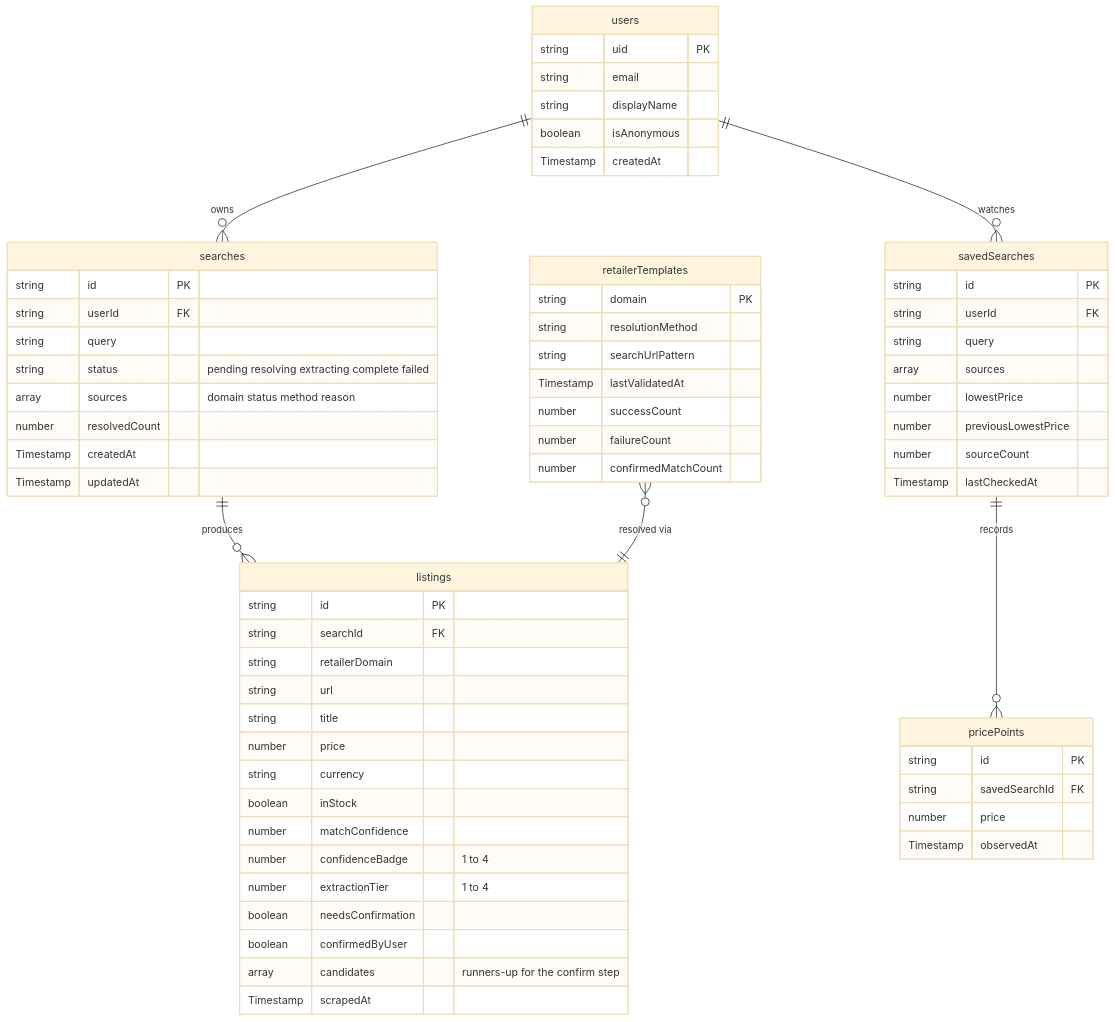
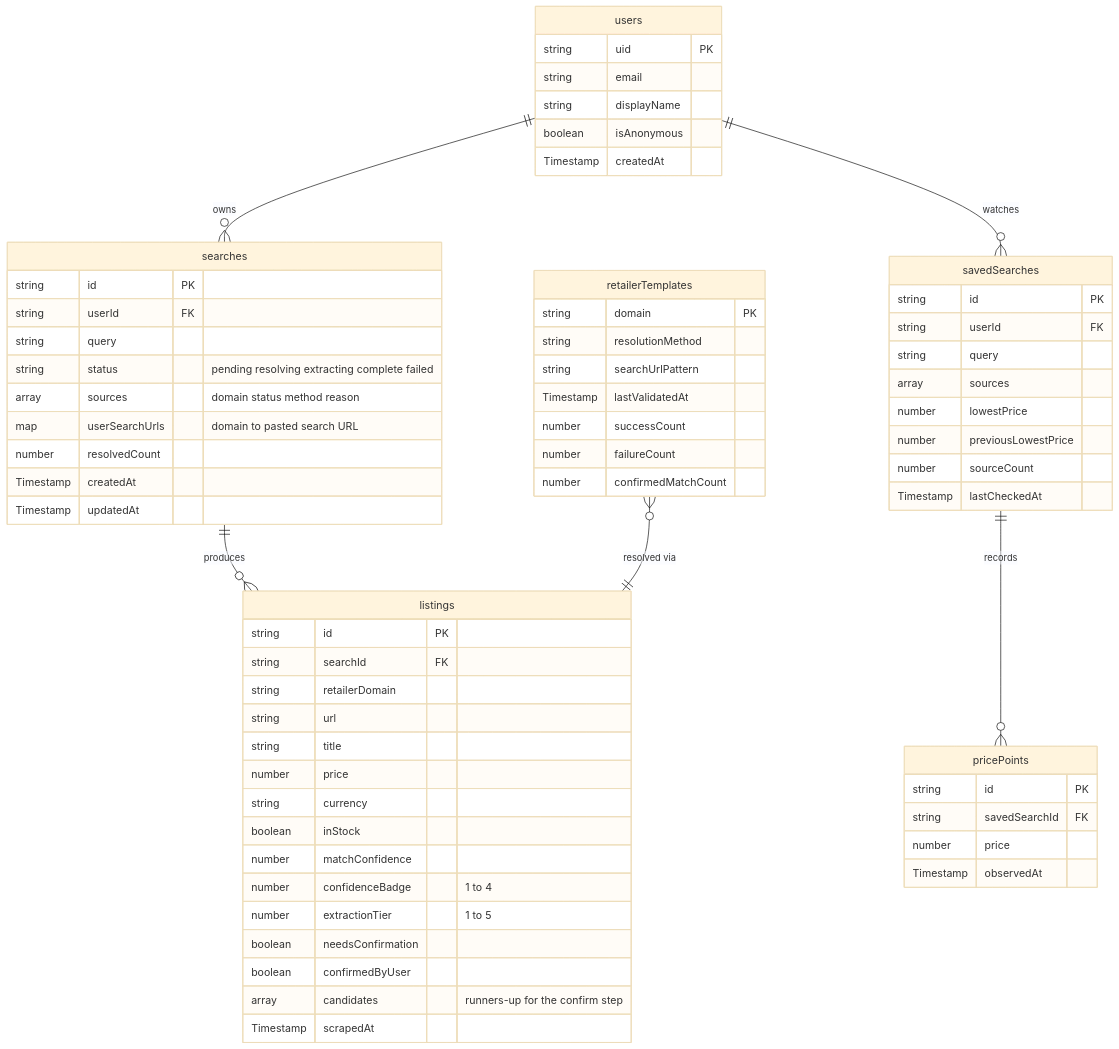
The third of 3 diagrams in README.md (Keagan-Boucher/SIFT), drawn with Mermaid (base theme) before and after one commit. The commit also changed other lines of this file, not shown here.

````diff
--- a/README.md
+++ b/README.md
@@ -454,68 +460,69 @@
 ```mermaid
 erDiagram
     users ||--o{ searches : owns
     users ||--o{ savedSearches : watches
     searches ||--o{ listings : produces
     savedSearches ||--o{ pricePoints : records
     retailerTemplates }o--|| listings : "resolved via"
 
     users {
         string uid PK
         string email
         string displayName
         boolean isAnonymous
         Timestamp createdAt
     }
     searches {
         string id PK
         string userId FK
         string query
         string status "pending resolving extracting complete failed"
         array sources "domain status method reason"
+        map userSearchUrls "domain to pasted search URL"
         number resolvedCount
         Timestamp createdAt
         Timestamp updatedAt
     }
     listings {
         string id PK
         string searchId FK
         string retailerDomain
         string url
         string title
         number price
         string currency
         boolean inStock
         number matchConfidence
         number confidenceBadge "1 to 4"
-        number extractionTier "1 to 4"
+        number extractionTier "1 to 5"
         boolean needsConfirmation
         boolean confirmedByUser
         array candidates "runners-up for the confirm step"
         Timestamp scrapedAt
     }
     savedSearches {
         string id PK
         string userId FK
         string query
         array sources
         number lowestPrice
         number previousLowestPrice
         number sourceCount
         Timestamp lastCheckedAt
     }
     pricePoints {
         string id PK
         string savedSearchId FK
         number price
         Timestamp observedAt
     }
     retailerTemplates {
         string domain PK
         string resolutionMethod
         string searchUrlPattern
         Timestamp lastValidatedAt
         number successCount
         number failureCount
         number confirmedMatchCount
     }
 ```
````
